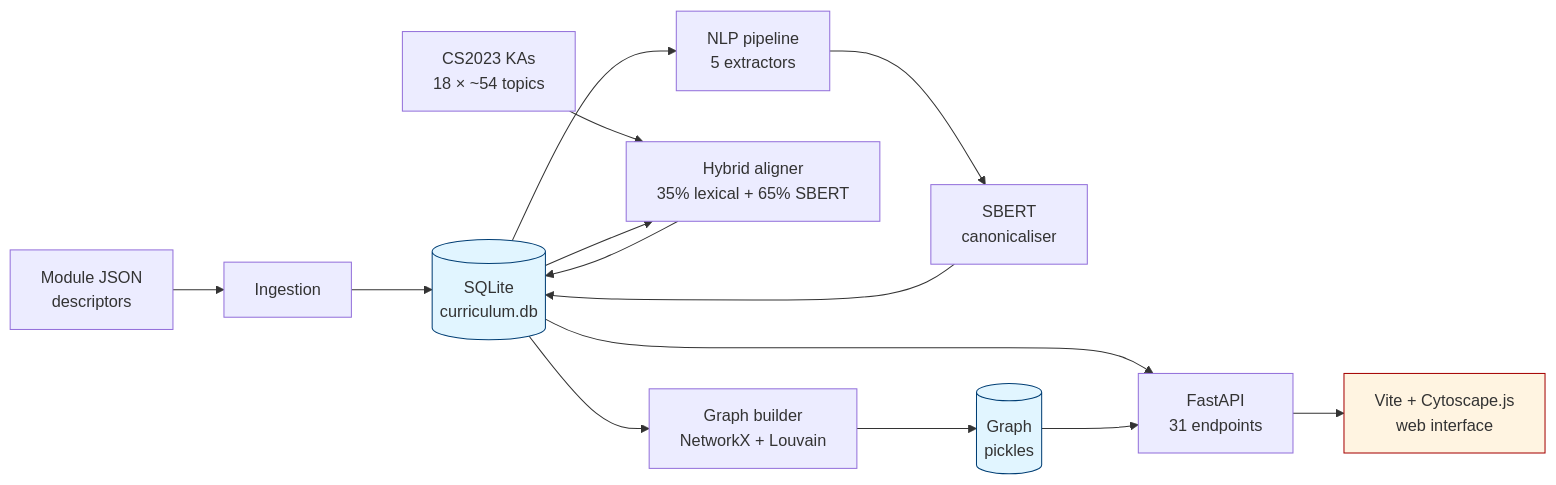
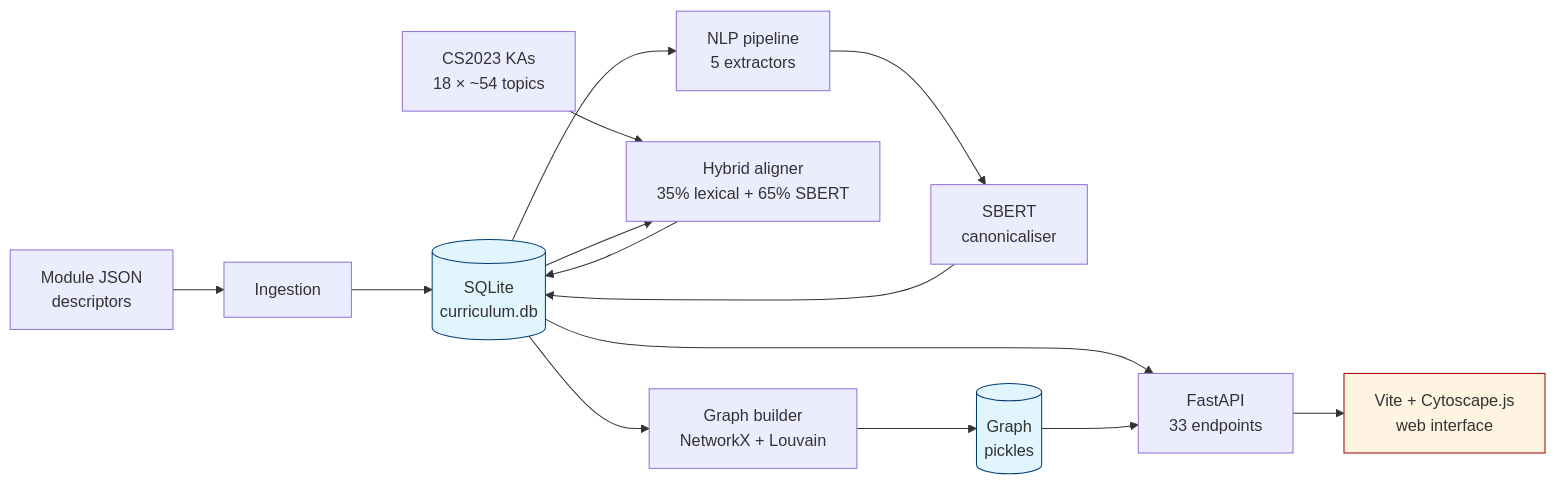
One commit to alanj5/ai-curriculum-mapper changed the diagram in README.md. Above: the diagram before and after it, drawn with Mermaid. The commit also changed other lines of this file and 1 other file, not shown here.

````diff
--- a/README.md
+++ b/README.md
@@ -21,20 +21,20 @@
 ```mermaid
 flowchart LR
     A[Module JSON<br/>descriptors] --> B[Ingestion]
     B --> C[(SQLite<br/>curriculum.db)]
     C --> D[NLP pipeline<br/>5 extractors]
     D --> E[SBERT<br/>canonicaliser]
     E --> C
     F[CS2023 KAs<br/>18 × ~54 topics] --> G[Hybrid aligner<br/>35% lexical + 65% SBERT]
     C --> G
     G --> C
     C --> H[Graph builder<br/>NetworkX + Louvain]
     H --> I[(Graph<br/>pickles)]
-    C --> J[FastAPI<br/>31 endpoints]
+    C --> J[FastAPI<br/>33 endpoints]
     I --> J
     J --> K[Vite + Cytoscape.js<br/>web interface]
 
     style C fill:#e1f5ff,stroke:#003e74
     style I fill:#e1f5ff,stroke:#003e74
     style K fill:#fff4e1,stroke:#A50000
 ```
````
